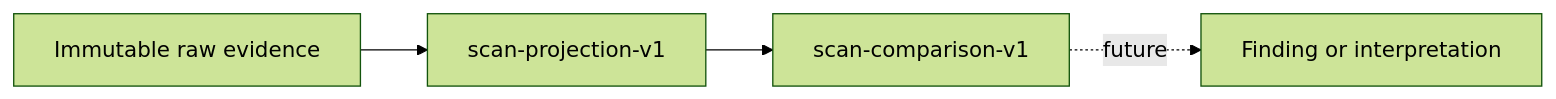
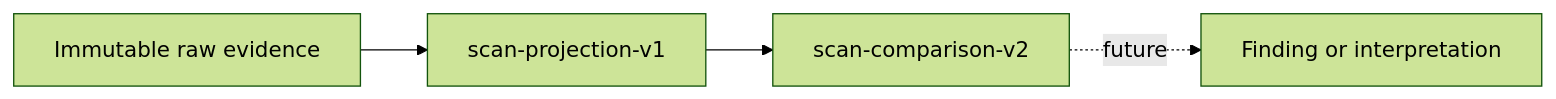
Before and after one commit to Artsen/site-ledger: the first of 8 diagrams in docs/scan-comparisons.md, drawn with Mermaid (forest theme). The commit also changed other lines of this file and 19 other files, not shown here.

```diff
--- a/docs/scan-comparisons.md
+++ b/docs/scan-comparisons.md
@@ -7,6 +7,6 @@
 ~~~mermaid
 flowchart LR
   E[Immutable raw evidence] --> P[scan-projection-v1]
-  P --> C[scan-comparison-v1]
+  P --> C[scan-comparison-v2]
   C -. future .-> F[Finding or interpretation]
 ~~~
```
